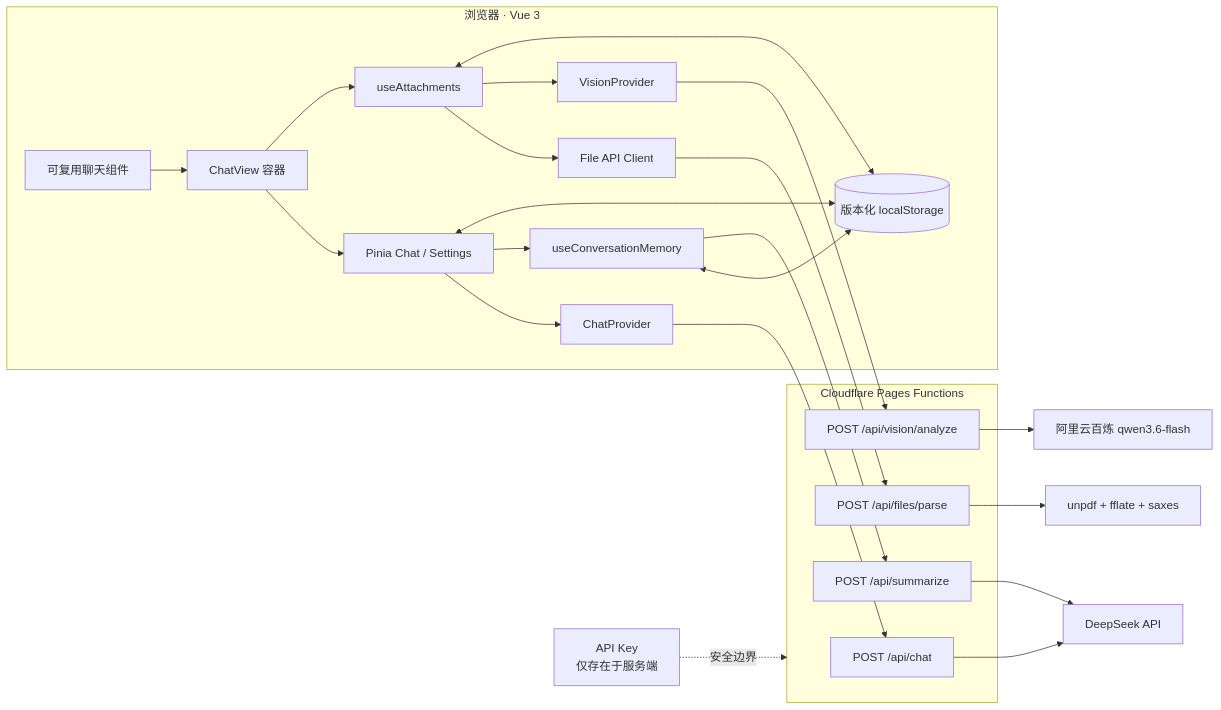
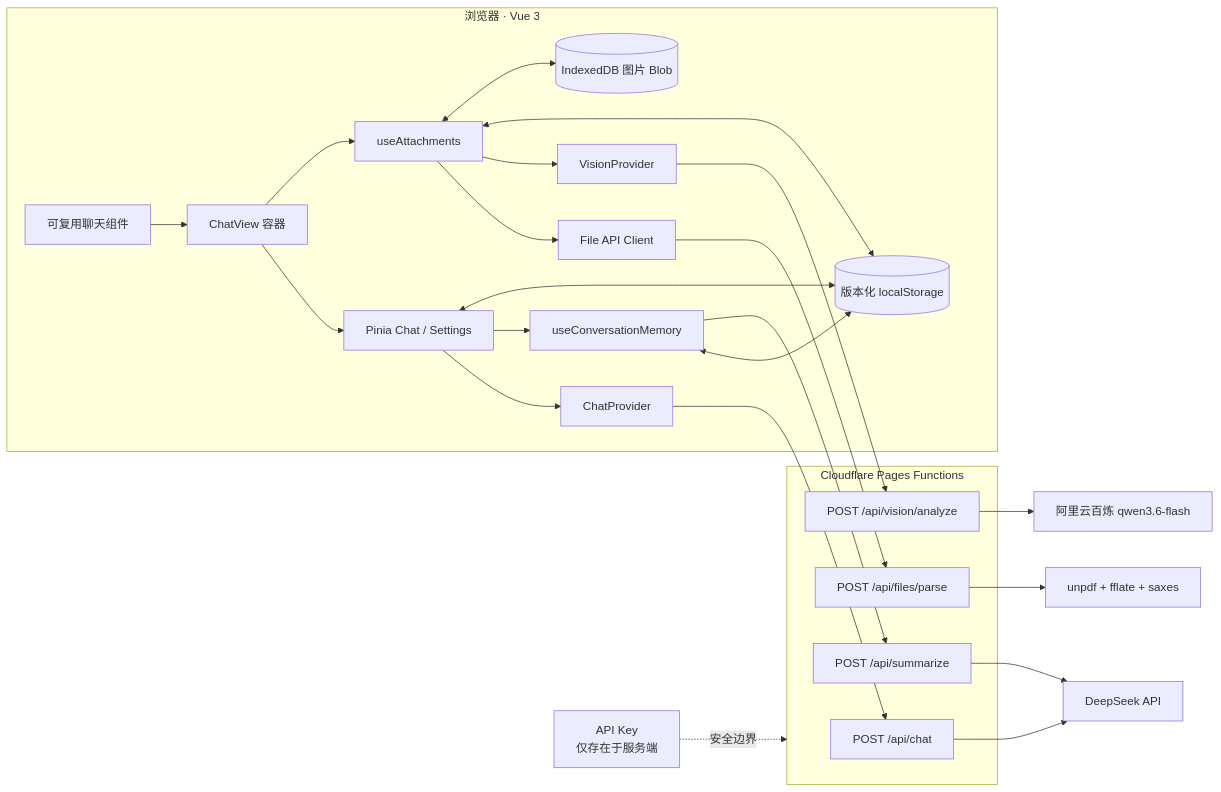
The diagram in README.md (JINLING1/DebugDiva), drawn with Mermaid before and after one commit. The commit also changed other lines of this file and 19 other files, not shown here.

````diff
--- a/README.md
+++ b/README.md
@@ -36,33 +36,34 @@
 ```mermaid
 flowchart LR
   subgraph Browser["浏览器 · Vue 3"]
     UI["可复用聊天组件"] --> View["ChatView 容器"]
     View --> Store["Pinia Chat / Settings"]
     View --> Attach["useAttachments"]
     Store --> ChatProvider["ChatProvider"]
     Store --> Memory["useConversationMemory"]
     Attach --> FileClient["File API Client"]
     Attach --> VisionProvider["VisionProvider"]
     Store <--> Local[("版本化 localStorage")]
     Attach <--> Local
     Memory <--> Local
+    Attach <--> ImageDB[("IndexedDB 图片 Blob")]
   end
 
   subgraph Pages["Cloudflare Pages Functions"]
     ChatAPI["POST /api/chat"]
     FileAPI["POST /api/files/parse"]
     VisionAPI["POST /api/vision/analyze"]
     SummaryAPI["POST /api/summarize"]
   end
 
   ChatProvider --> ChatAPI
   FileClient --> FileAPI
   VisionProvider --> VisionAPI
   Memory --> SummaryAPI
   ChatAPI --> DeepSeek["DeepSeek API"]
   SummaryAPI --> DeepSeek
   VisionAPI --> Qwen["阿里云百炼 qwen3.6-flash"]
   FileAPI --> Parsers["unpdf + fflate + saxes"]
 
   Secrets["API Key\n仅存在于服务端"] -.安全边界.-> Pages
 ```
````
